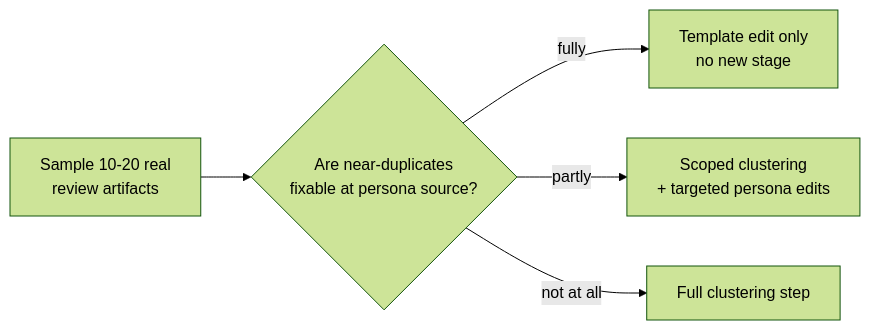
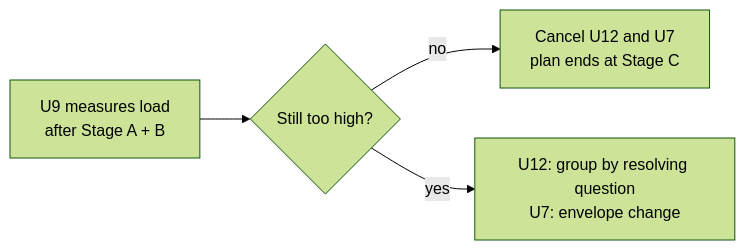
One commit to EveryInc/compound-engineering-plugin changed the third of 3 diagrams in docs/plans/2026-08-12-003-fix-doc-review-decision-clustering-plan.md. Above: the diagram before and after it, drawn with Mermaid (forest theme). The commit also changed other lines of this file, not shown here.

````diff
--- a/docs/plans/2026-08-12-003-fix-doc-review-decision-clustering-plan.md
+++ b/docs/plans/2026-08-12-003-fix-doc-review-decision-clustering-plan.md
@@ -210,7 +213,6 @@
 ```mermaid
 flowchart LR
-    S["Sample 10-20 real<br/>review artifacts"] --> Q{"Are near-duplicates<br/>fixable at persona source?"}
-    Q -->|fully| T["Template edit only<br/>no new stage"]
-    Q -->|partly| B["Scoped clustering<br/>+ targeted persona edits"]
-    Q -->|not at all| F["Full clustering step"]
+    M["U9 measures load<br/>after Stage A + B"] --> Q{"Still too high?"}
+    Q -->|no| STOP["Cancel U12 and U7<br/>plan ends at Stage C"]
+    Q -->|yes| CL["U12: group by resolving question<br/>U7: envelope change"]
 ```
````
